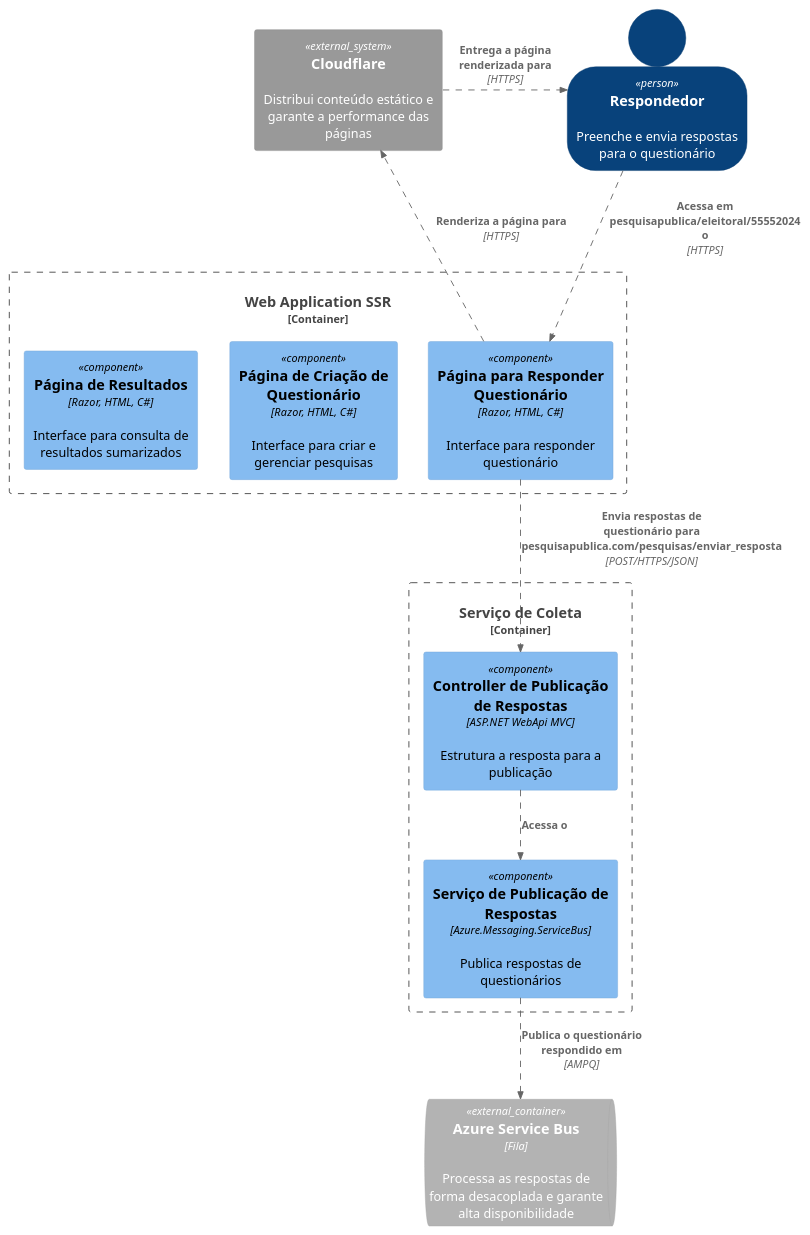
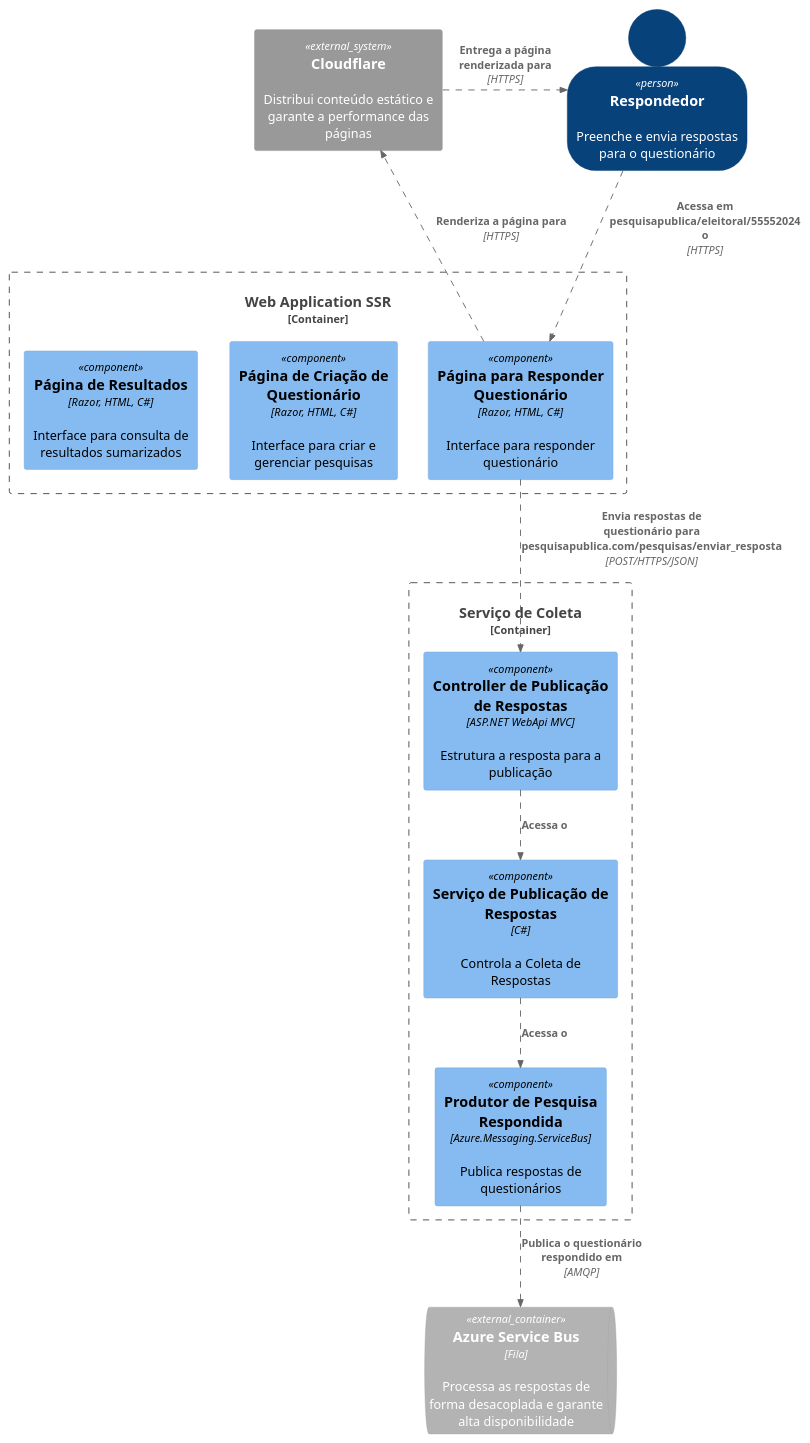
One commit to silviobassi/PesquisaPublica.Documents changed the diagram in C4Architecture/C3PaginaResposta.puml. Above: the diagram before and after it, drawn with PlantUML. The commit also changed 1 other file, not shown here.

Commit message:
fix: inserindo produtor de eventos

```diff
--- a/C4Architecture/C3PaginaResposta.puml
+++ b/C4Architecture/C3PaginaResposta.puml
@@ -1,30 +1,32 @@
 @startuml
 !include https://raw.githubusercontent.com/plantuml-stdlib/C4-PlantUML/master/C4_Component.puml
 
 AddRelTag("async", $lineStyle = DashedLine())
 
 SHOW_PERSON_OUTLINE()
 
 Person(respondedor, "Respondedor", "Preenche e envia respostas para o questionário")
 System_Ext(cdn, "Cloudflare", "Distribui conteúdo estático e garante a performance das páginas")
 
 ContainerQueue_Ext( servicebus, "Azure Service Bus", "Fila", "Processa as respostas de forma desacoplada e garante alta disponibilidade")
 
 Container_Boundary(WebApp, "Web Application SSR") {
     Component(respQuestionario, "Página para Responder Questionário", "Razor, HTML, C#", "Interface para responder questionário")
     Component(admQuestionario, "Página de Criação de Questionário", "Razor, HTML, C#", "Interface para criar e gerenciar pesquisas")
     Component(resultQuestionario, "Página de Resultados", "Razor, HTML, C#", "Interface para consulta de resultados sumarizados")
 }
 
 Container_Boundary(ServColeta, "Serviço de Coleta") {
     Component(contrResposta, "Controller de Publicação de Respostas", "ASP.NET WebApi MVC", "Estrutura a resposta para a publicação")
-    Component(servPublicacao, "Serviço de Publicação de Respostas", "Azure.Messaging.ServiceBus", "Publica respostas de questionários")
+    Component(servPublicacao, "Serviço de Publicação de Respostas", "C#", "Controla a Coleta de Respostas")
+    Component(prodEvent, "Produtor de Pesquisa Respondida", "Azure.Messaging.ServiceBus", "Publica respostas de questionários")
 }
 
 Rel(respondedor, respQuestionario, "Acessa em pesquisapublica/eleitoral/55552024 o", "HTTPS", $tags="async")
 Rel(respQuestionario, cdn, "Renderiza a página para", "HTTPS", $tags="async")
 Rel_Right(cdn, respondedor, "Entrega a página renderizada para", "HTTPS", $tags="async")
 Rel(contrResposta, servPublicacao, "Acessa o", $tags="async")
-Rel(servPublicacao, servicebus, "Publica o questionário respondido em", "AMPQ", $tags="async")
+Rel(servPublicacao, prodEvent, "Acessa o", $tags="async")
+Rel(prodEvent, servicebus, "Publica o questionário respondido em", "AMQP", $tags="async")
 Rel(respQuestionario, contrResposta, "Envia respostas de questionário para pesquisapublica.com/pesquisas/enviar_resposta", "POST/HTTPS/JSON", $tags="async")
 @enduml
```
